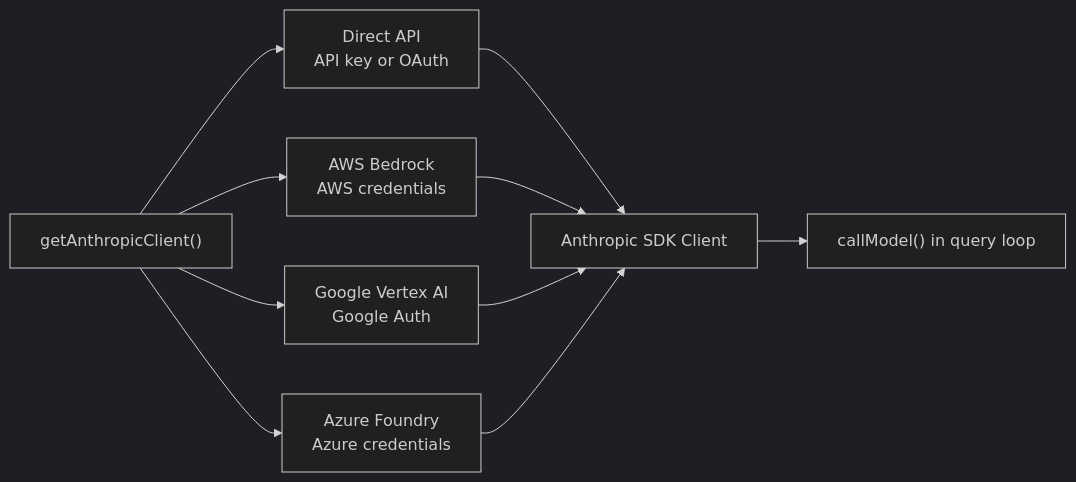
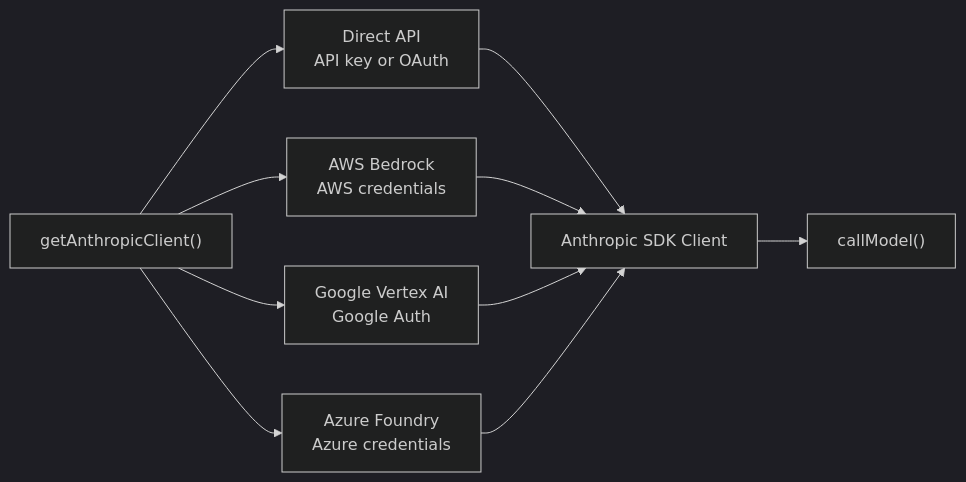
One commit to llwanghong/claude-code-universe changed the second of 3 diagrams in book-zh/ch04-api-layer.md. Above: the diagram before and after it, drawn with Mermaid (dark theme). The commit also changed other lines of this file, not shown here.

````diff
--- a/book-zh/ch04-api-layer.md
+++ b/book-zh/ch04-api-layer.md
@@ -13,12 +49,9 @@
 ```mermaid
 graph LR
     F["getAnthropicClient()"] --> D["Direct API<br/>API key or OAuth"]
     F --> B["AWS Bedrock<br/>AWS credentials"]
     F --> V["Google Vertex AI<br/>Google Auth"]
     F --> A["Azure Foundry<br/>Azure credentials"]
-    D --> SDK["Anthropic SDK Client"]
-    B --> SDK
-    V --> SDK
-    A --> SDK
-    SDK --> CL["callModel() in query loop"]
+    D & B & V & A --> SDK["Anthropic SDK Client"]
+    SDK --> CL["callModel()"]
 ```
````
